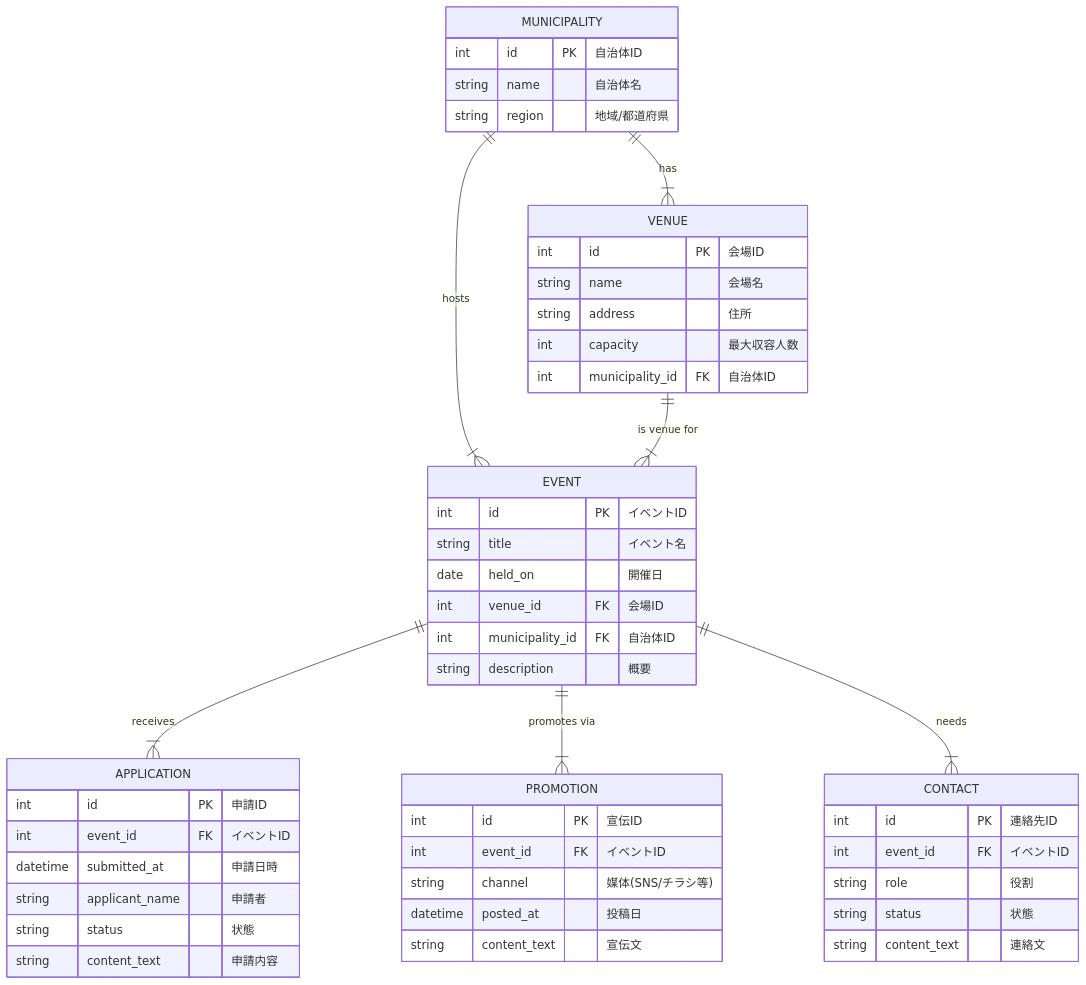
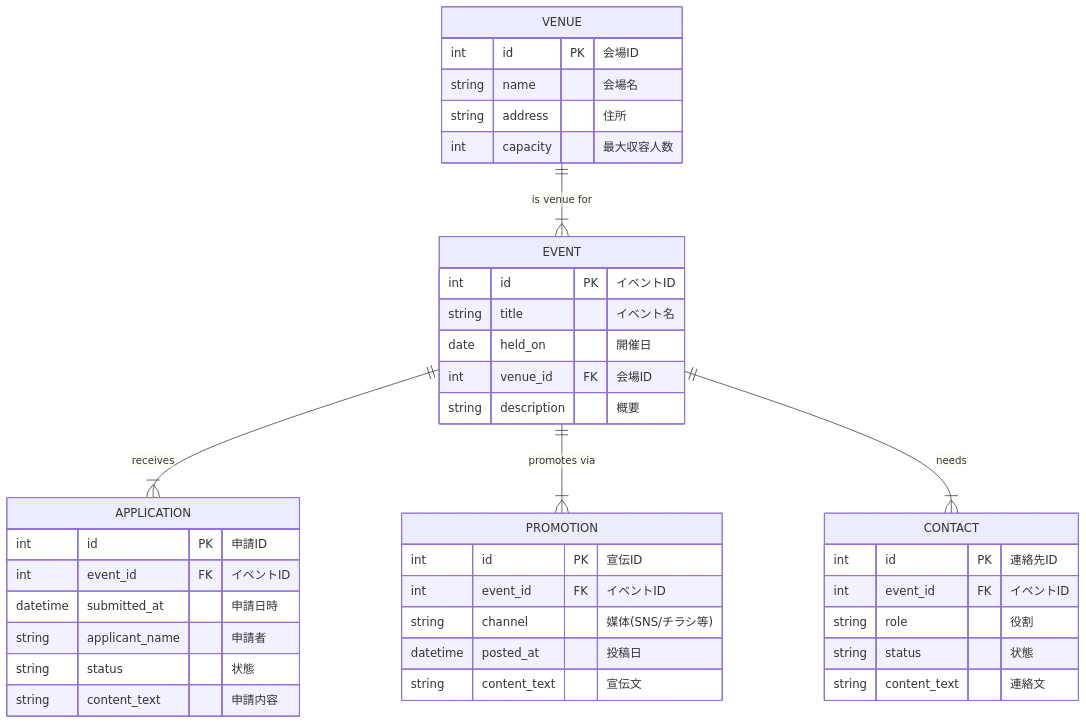
One commit to MineyamaHiyori/EventManager changed the diagram in high-level-design.md. Above: the diagram before and after it, drawn with Mermaid. The commit also changed other lines of this file, not shown here.

````diff
--- a/high-level-design.md
+++ b/high-level-design.md
@@ -203,57 +203,47 @@
 ```mermaid
 erDiagram
-MUNICIPALITY {
-    int id PK "自治体ID"
-    string name "自治体名"
-    string region "地域/都道府県"
-  }
-
   VENUE {
     int id PK "会場ID"
     string name "会場名"
     string address "住所"
     int capacity "最大収容人数"
-    int municipality_id FK "自治体ID"
   }
 
   EVENT {
     int id PK "イベントID"
     string title "イベント名"
     date held_on "開催日"
     int venue_id FK "会場ID"
-    int municipality_id FK "自治体ID"
     string description "概要"
   }
 
   APPLICATION {
     int id PK "申請ID"
     int event_id FK "イベントID"
     datetime submitted_at "申請日時"
     string applicant_name "申請者"
     string status "状態"
     string content_text "申請内容"
   }
 
   PROMOTION {
     int id PK "宣伝ID"
     int event_id FK "イベントID"
     string channel "媒体(SNS/チラシ等)"
     datetime posted_at "投稿日"
     string content_text "宣伝文"
   }
 
   CONTACT {
     int id PK "連絡先ID"
     int event_id FK "イベントID"
     string role "役割"
     string status "状態"
     string content_text "連絡文"
   }
 
-  MUNICIPALITY ||--|{ VENUE      : has
-  MUNICIPALITY ||--|{ EVENT      : hosts
   VENUE        ||--|{ EVENT      : "is venue for"
   EVENT        ||--|{ APPLICATION : receives
   EVENT        ||--|{ PROMOTION   : "promotes via"
   EVENT        ||--|{ CONTACT     : needs
 ```
````
